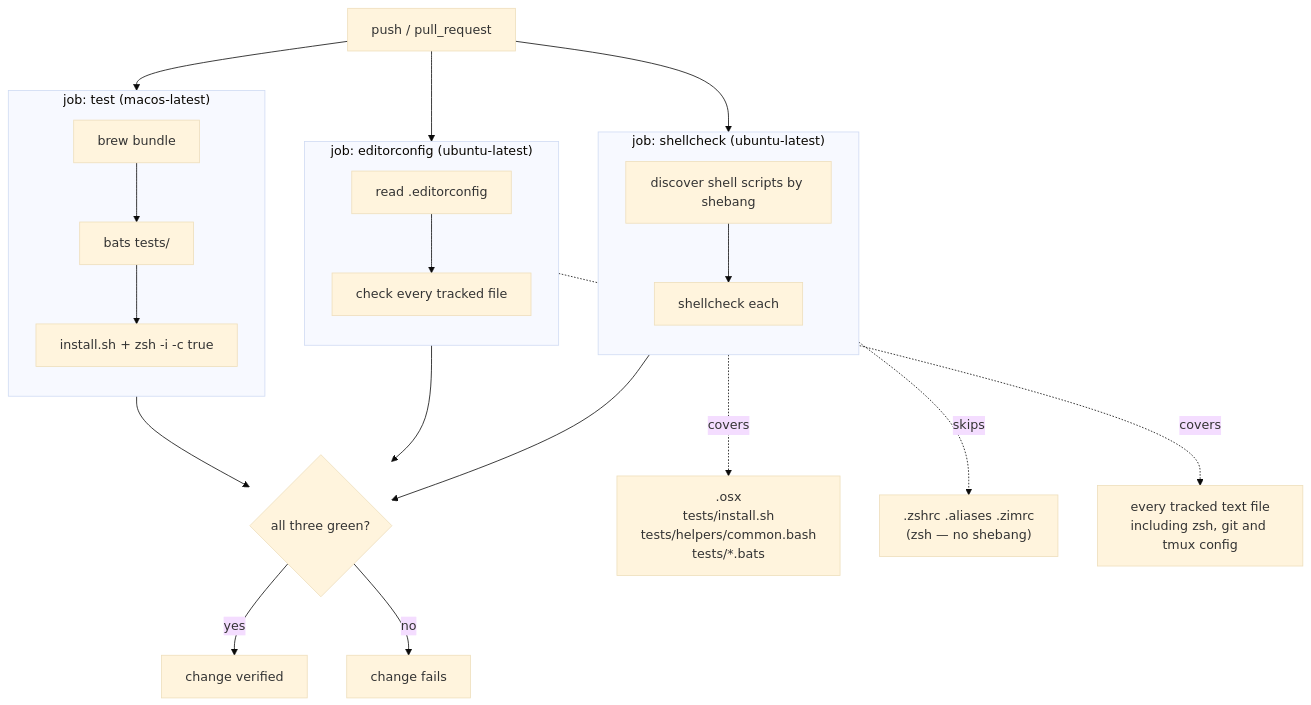
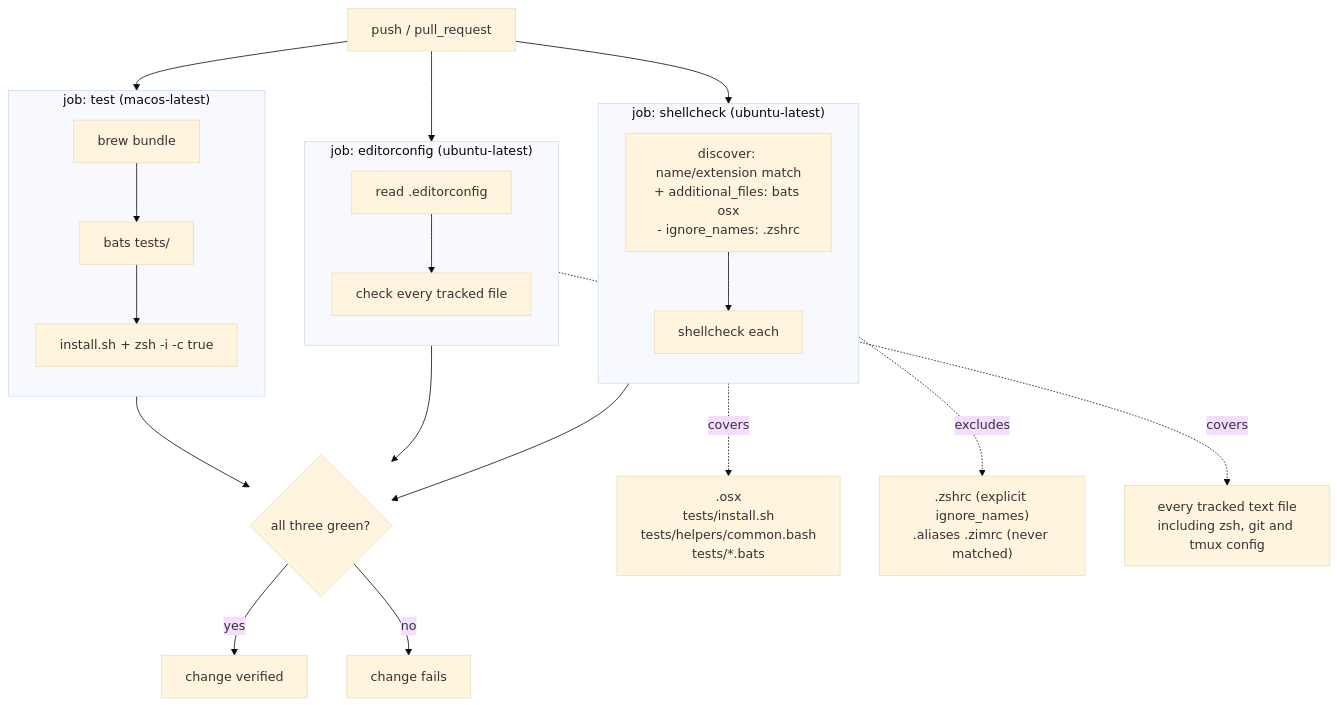
Before and after one commit to jasonheecs/dotfiles: the diagram in openspec/changes/add-static-analysis-and-formatting-checks/design.md, drawn with Mermaid (base theme). The commit also changed other lines of this file and 1 other file, not shown here.

First line of the commit message:
Settle .bats/.osx discovery for action-shellcheck (tasks 1.1-1.3)

````diff
--- a/openspec/changes/add-static-analysis-and-formatting-checks/design.md
+++ b/openspec/changes/add-static-analysis-and-formatting-checks/design.md
@@ -29,32 +38,32 @@
 ```mermaid
 flowchart TD
     push[push / pull_request] --> test
     push --> lint
     push --> fmt
 
     subgraph test["job: test (macos-latest)"]
         direction TB
         t1[brew bundle] --> t2[bats tests/]
         t2 --> t3[install.sh + zsh -i -c true]
     end
 
     subgraph lint["job: shellcheck (ubuntu-latest)"]
         direction TB
-        l1[discover shell scripts by shebang] --> l2[shellcheck each]
+        l1["discover: name/extension match<br/>+ additional_files: bats osx<br/>- ignore_names: .zshrc"] --> l2[shellcheck each]
     end
 
     subgraph fmt["job: editorconfig (ubuntu-latest)"]
         direction TB
         f1[read .editorconfig] --> f2[check every tracked file]
     end
 
     test --> gate{all three green?}
     lint --> gate
     fmt --> gate
     gate -->|yes| ok[change verified]
     gate -->|no| bad[change fails]
 
     l1 -.covers.-> shfiles[".osx<br/>tests/install.sh<br/>tests/helpers/common.bash<br/>tests/*.bats"]
-    l1 -.skips.-> zshfiles[".zshrc .aliases .zimrc<br/>(zsh — no shebang)"]
+    l1 -.excludes.-> zshfiles[".zshrc (explicit ignore_names)<br/>.aliases .zimrc (never matched)"]
     f2 -.covers.-> allfiles["every tracked text file<br/>including zsh, git and tmux config"]
 ```
````
